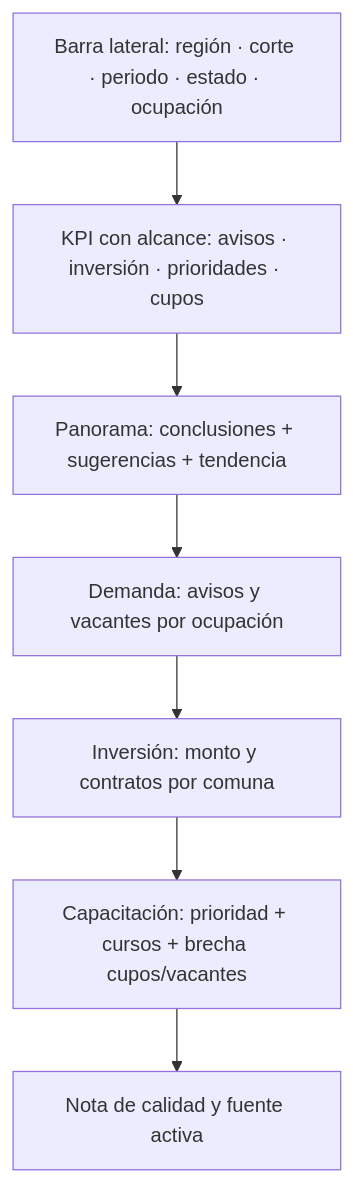
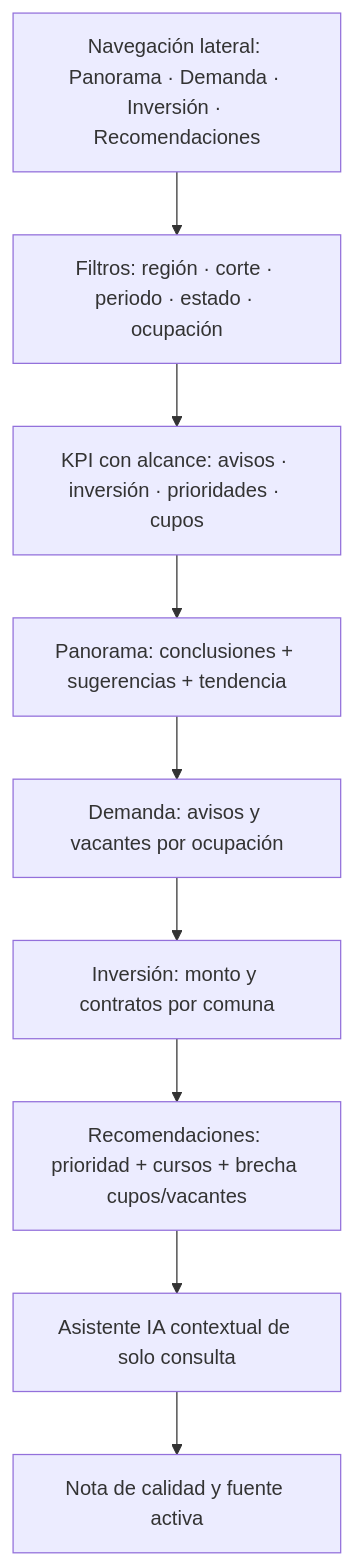
One commit to Gera9999/mercadotrabajo changed the first of 2 diagrams in docs/diseno_estructura.md. Above: the diagram before and after it, drawn with Mermaid. The commit also changed other lines of this file and 4 other files, not shown here.

````diff
--- a/docs/diseno_estructura.md
+++ b/docs/diseno_estructura.md
@@ -5,16 +5,20 @@
 ```mermaid
 flowchart TB
-    F[Barra lateral: región · corte · periodo · estado · ocupación]
+    N[Navegación lateral: Panorama · Demanda · Inversión · Recomendaciones]
+    F[Filtros: región · corte · periodo · estado · ocupación]
     K[KPI con alcance: avisos · inversión · prioridades · cupos]
     P[Panorama: conclusiones + sugerencias + tendencia]
     D[Demanda: avisos y vacantes por ocupación]
     I[Inversión: monto y contratos por comuna]
-    C[Capacitación: prioridad + cursos + brecha cupos/vacantes]
+    C[Recomendaciones: prioridad + cursos + brecha cupos/vacantes]
+    A[Asistente IA contextual de solo consulta]
     Q[Nota de calidad y fuente activa]
+    N --> F
     F --> K
     K --> P
     P --> D
     D --> I
     I --> C
-    C --> Q
+    C --> A
+    A --> Q
 ```
````
